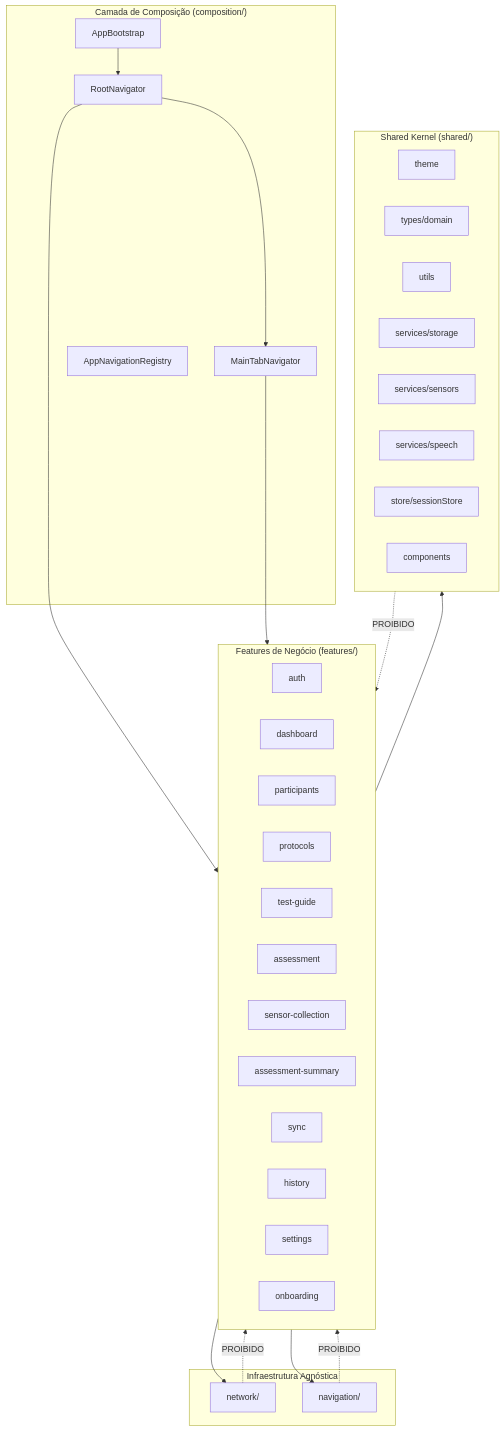
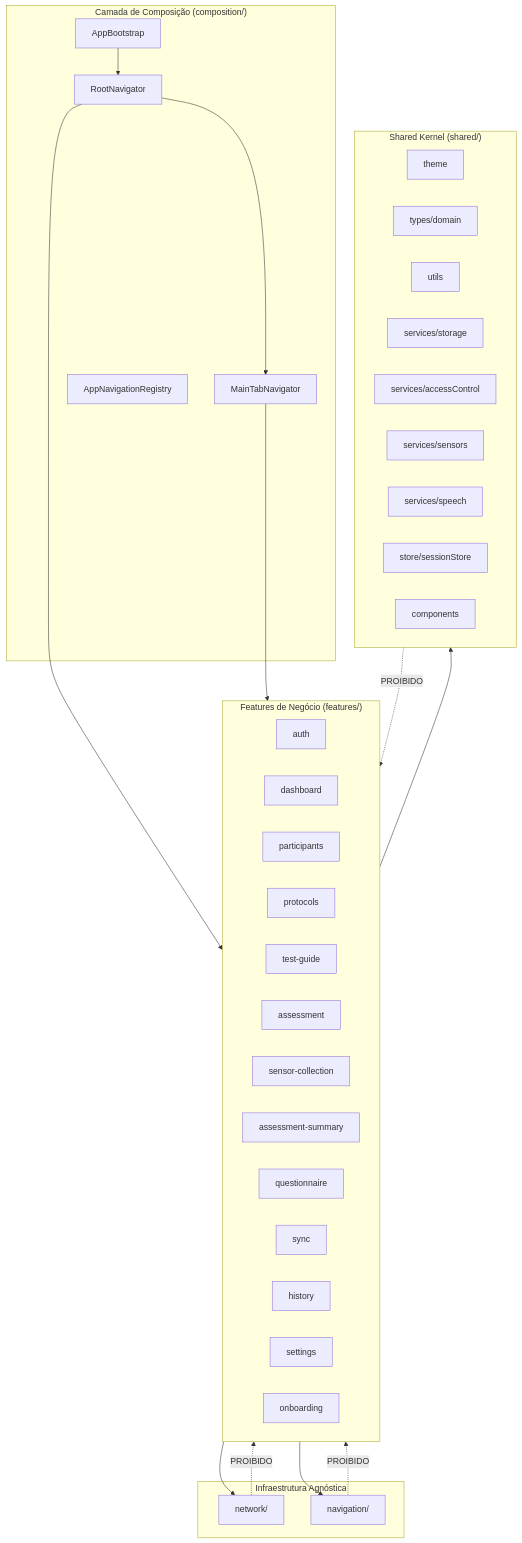
Before and after one commit to lifesystemsufpr/LIA-mobile: the diagram in docs/architecture.md, drawn with Mermaid. The commit also changed other lines of this file and 13 other files, not shown here.

````diff
--- a/docs/architecture.md
+++ b/docs/architecture.md
@@ -9,54 +9,56 @@
 ```mermaid
 graph TD
     subgraph UI_Composition ["Camada de Composição (composition/)"]
         Bootstrap[AppBootstrap]
         RootNav[RootNavigator]
         TabNav[MainTabNavigator]
         Registry[AppNavigationRegistry]
     end
 
     subgraph Features ["Features de Negócio (features/)"]
         Auth[auth]
         Dashboard[dashboard]
         Participants[participants]
         Protocols[protocols]
         TestGuide[test-guide]
         Assessment[assessment]
         Sensors[sensor-collection]
         Summary[assessment-summary]
+        Questionnaire[questionnaire]
         Sync[sync]
         History[history]
         Settings[settings]
         Onboarding[onboarding]
     end
 
     subgraph Infra_Agnostica ["Infraestrutura Agnóstica"]
         Network[network/]
         Navigation[navigation/]
     end
 
     subgraph Shared ["Shared Kernel (shared/)"]
         Theme[theme]
         Types[types/domain]
         Utils[utils]
         Storage[services/storage]
+        AccessControl[services/accessControl]
         SensorsSvc[services/sensors]
         Speech[services/speech]
         SessionStore[store/sessionStore]
         Components[components]
     end
 
     %% Relações permitidas
     Bootstrap --> RootNav
     RootNav --> TabNav
     RootNav --> Features
     TabNav --> Features
     
     Features --> Network
     Features --> Navigation
     Features --> Shared
     
     Network -. "PROIBIDO" .-> Features
     Navigation -. "PROIBIDO" .-> Features
     Shared -. "PROIBIDO" .-> Features
 ```
````
